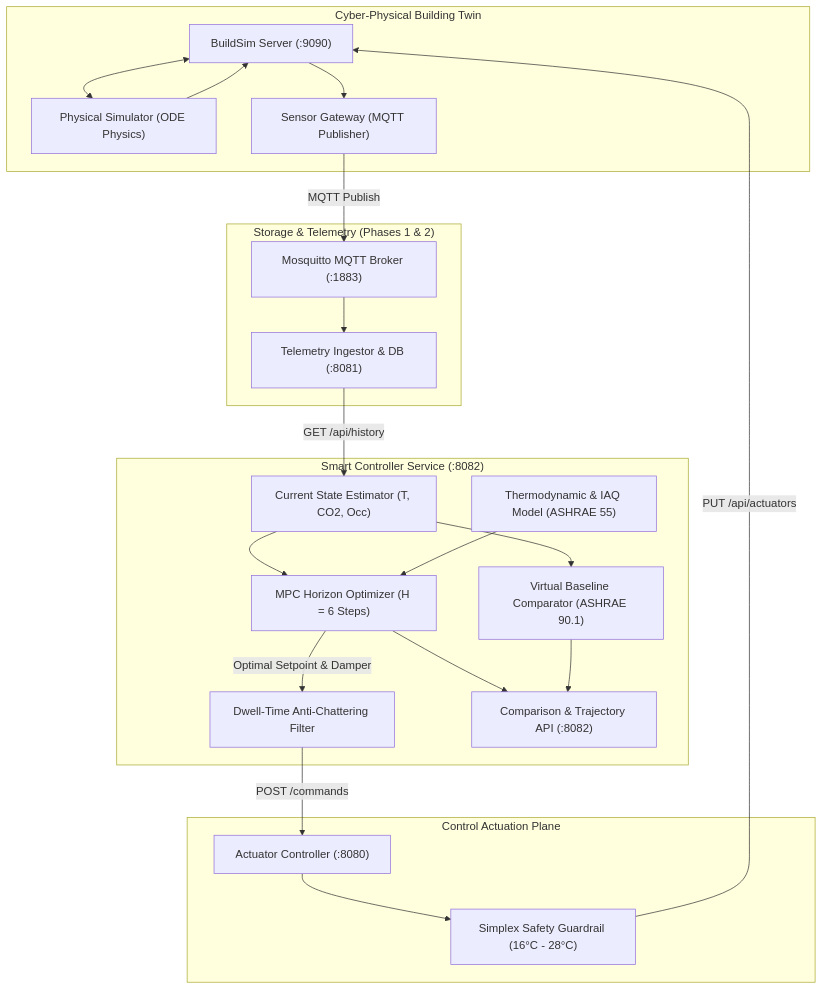
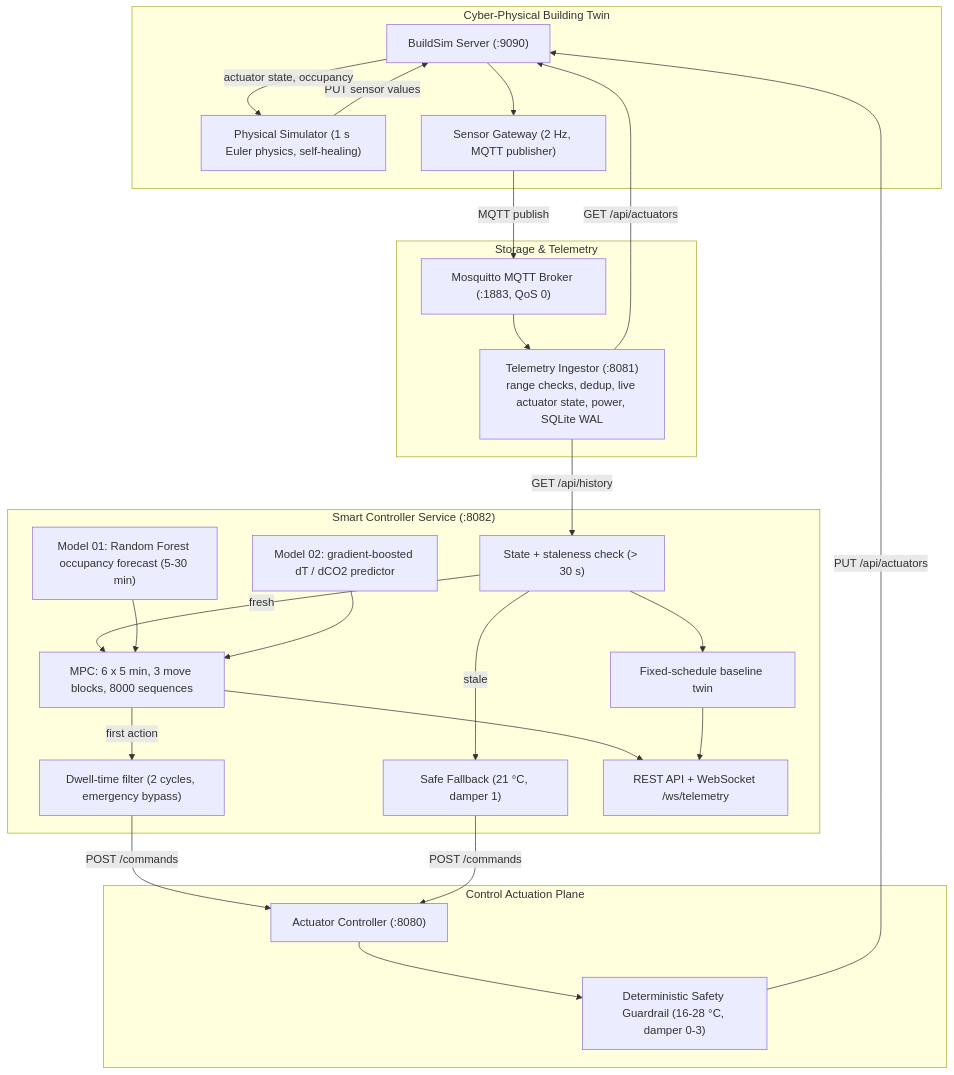
One commit to masooma-masooma/hvac-stg changed the diagram in diagrams/phase3_mpc_architecture.mmd. Above: the diagram before and after it, drawn with Mermaid. The commit also changed other lines of this file and 48 other files, not shown here.

```diff
--- a/diagrams/phase3_mpc_architecture.mmd
+++ b/diagrams/phase3_mpc_architecture.mmd
@@ -1,42 +1,48 @@
 flowchart TD
     subgraph Environment ["Cyber-Physical Building Twin"]
         BS["BuildSim Server (:9090)"]
-        PS["Physical Simulator (ODE Physics)"]
-        SG["Sensor Gateway (MQTT Publisher)"]
+        PS["Physical Simulator (1 s Euler physics, self-healing)"]
+        SG["Sensor Gateway (2 Hz, MQTT publisher)"]
     end
 
-    subgraph DataPipeline ["Storage & Telemetry (Phases 1 & 2)"]
-        MB["Mosquitto MQTT Broker (:1883)"]
-        TI["Telemetry Ingestor & DB (:8081)"]
+    subgraph DataPipeline ["Storage & Telemetry"]
+        MB["Mosquitto MQTT Broker (:1883, QoS 0)"]
+        TI["Telemetry Ingestor (:8081)<br/>range checks, dedup, live actuator state, power, SQLite WAL"]
     end
 
     subgraph SmartMPC ["Smart Controller Service (:8082)"]
-        State["Current State Estimator (T, CO2, Occ)"]
-        Dyn["Thermodynamic & IAQ Model (ASHRAE 55)"]
-        MPC["MPC Horizon Optimizer (H = 6 Steps)"]
-        Dwell["Dwell-Time Anti-Chattering Filter"]
-        Base["Virtual Baseline Comparator (ASHRAE 90.1)"]
-        CompAPI["Comparison & Trajectory API (:8082)"]
+        State["State + staleness check (> 30 s)"]
+        Safe["Safe Fallback (21 °C, damper 1)"]
+        M1["Model 01: Random Forest occupancy forecast (5-30 min)"]
+        M2["Model 02: gradient-boosted dT / dCO2 predictor"]
+        MPC["MPC: 6 x 5 min, 3 move blocks, 8000 sequences"]
+        Dwell["Dwell-time filter (2 cycles, emergency bypass)"]
+        Base["Fixed-schedule baseline twin"]
+        CompAPI["REST API + WebSocket /ws/telemetry"]
     end
 
     subgraph ActuationPlane ["Control Actuation Plane"]
         AC["Actuator Controller (:8080)"]
-        Clamp["Simplex Safety Guardrail (16°C - 28°C)"]
+        Clamp["Deterministic Safety Guardrail (16-28 °C, damper 0-3)"]
     end
 
-    BS <--> PS
-    PS --> BS
+    PS -->|"PUT sensor values"| BS
+    BS -->|"actuator state, occupancy"| PS
     BS --> SG
-    SG -->|"MQTT Publish"| MB
+    SG -->|"MQTT publish"| MB
     MB --> TI
+    TI -->|"GET /api/actuators"| BS
     TI -->|"GET /api/history"| State
-    State --> MPC
-    Dyn --> MPC
-    MPC -->|"Optimal Setpoint & Damper"| Dwell
+    State -->|"stale"| Safe
+    State -->|"fresh"| MPC
+    M1 --> MPC
+    M2 --> MPC
+    MPC -->|"first action"| Dwell
     Dwell -->|"POST /commands"| AC
+    Safe -->|"POST /commands"| AC
     AC --> Clamp
     Clamp -->|"PUT /api/actuators"| BS
 
     State --> Base
     MPC --> CompAPI
     Base --> CompAPI
```
